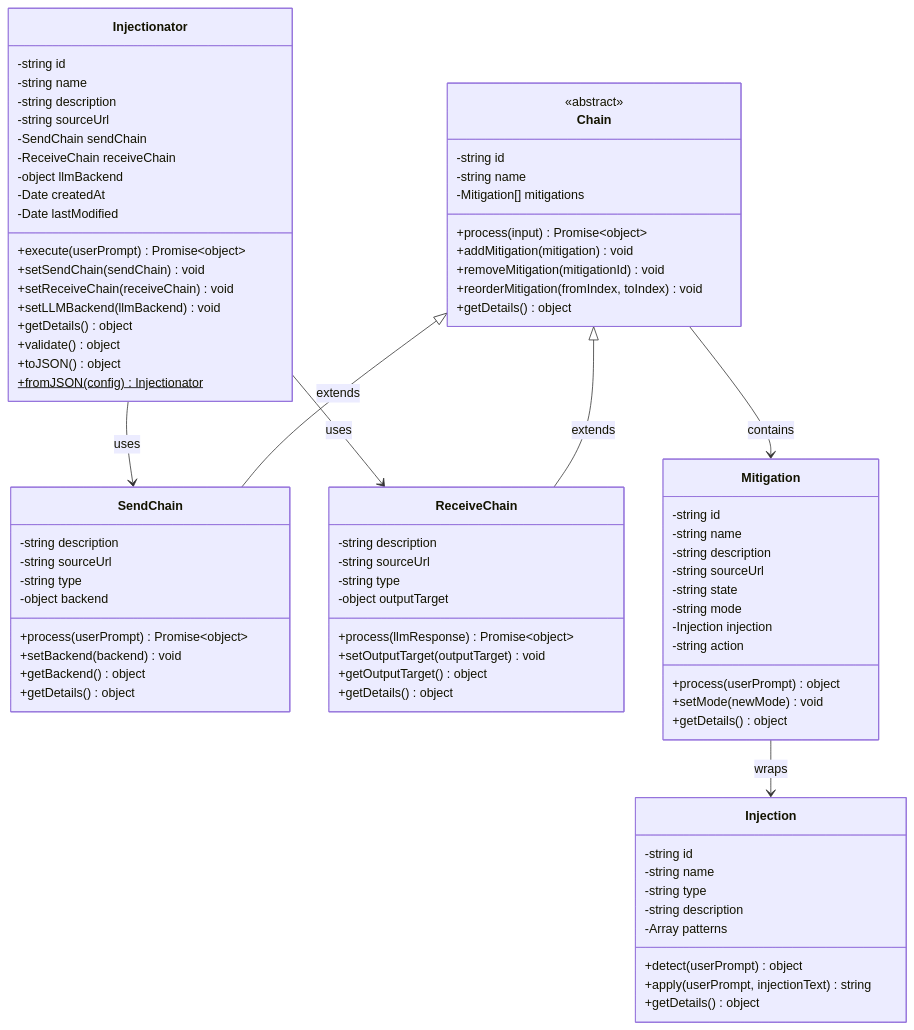
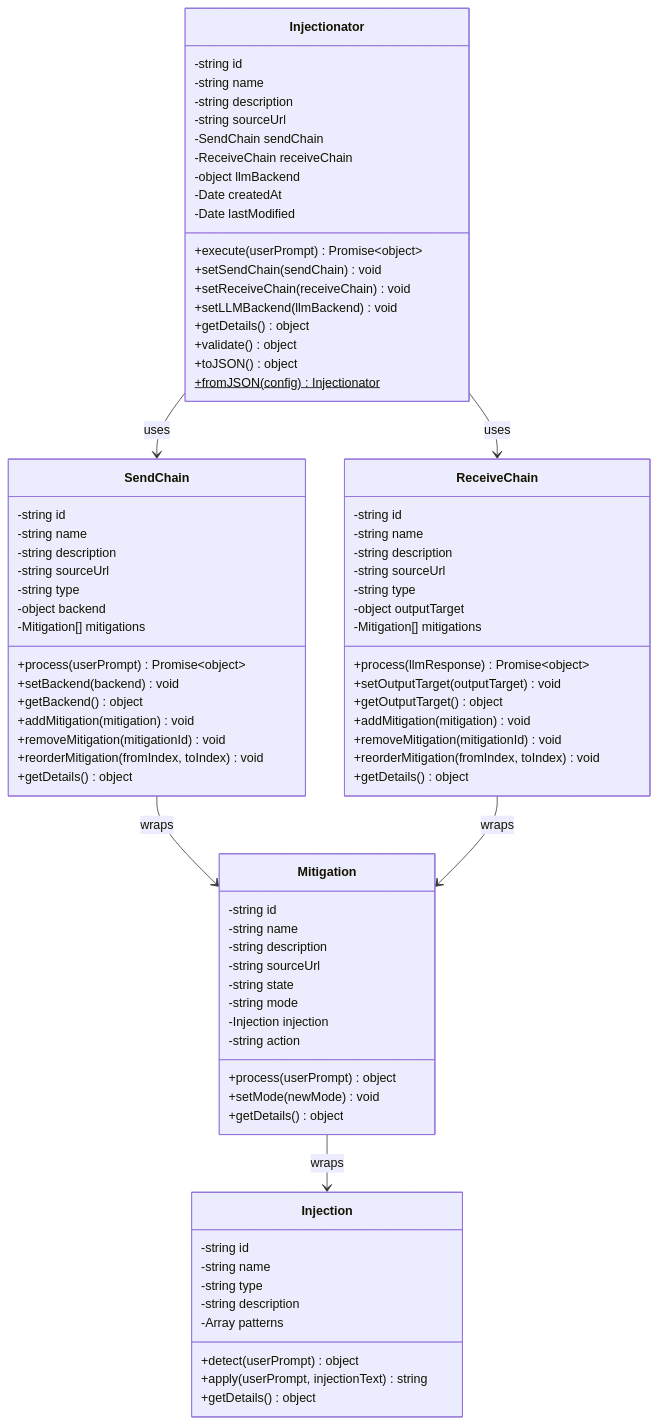
The first of 2 diagrams in README.md (viewyonder/prompt-injectionator), drawn with Mermaid before and after one commit.

Commit message:
Updated mermaid class diagram

````diff
--- a/README.md
+++ b/README.md
@@ -37,37 +37,37 @@
         +fromJSON(config)$ Injectionator
     }
 
-    class Chain {
-        <<abstract>>
+    class SendChain {
         -string id
         -string name
+        -string description
+        -string sourceUrl
+        -string type
+        -object backend
         -Mitigation[] mitigations
-        +process(input) Promise~object~
+        +process(userPrompt) Promise~object~
+        +setBackend(backend) void
+        +getBackend() object
         +addMitigation(mitigation) void
         +removeMitigation(mitigationId) void
         +reorderMitigation(fromIndex, toIndex) void
         +getDetails() object
     }
 
-    class SendChain {
-        -string description
-        -string sourceUrl
-        -string type
-        -object backend
-        +process(userPrompt) Promise~object~
-        +setBackend(backend) void
-        +getBackend() object
-        +getDetails() object
-    }
-
     class ReceiveChain {
+        -string id
+        -string name
         -string description
         -string sourceUrl
         -string type
         -object outputTarget
+        -Mitigation[] mitigations
         +process(llmResponse) Promise~object~
         +setOutputTarget(outputTarget) void
         +getOutputTarget() object
+        +addMitigation(mitigation) void
+        +removeMitigation(mitigationId) void
+        +reorderMitigation(fromIndex, toIndex) void
         +getDetails() object
     }
 
@@ -98,8 +98,7 @@
 
     Injectionator --> SendChain : uses
     Injectionator --> ReceiveChain : uses
-    Chain <|-- SendChain : extends
-    Chain <|-- ReceiveChain : extends
-    Chain --> Mitigation : contains
+SendChain --> Mitigation : wraps
+    ReceiveChain --> Mitigation : wraps
     Mitigation --> Injection : wraps
 ```
````
